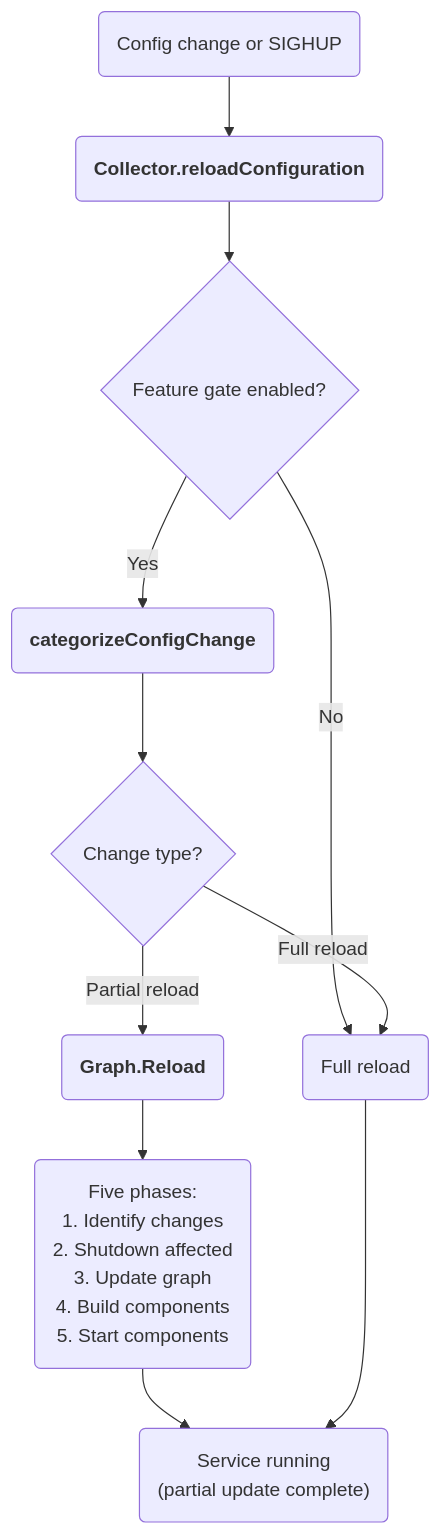
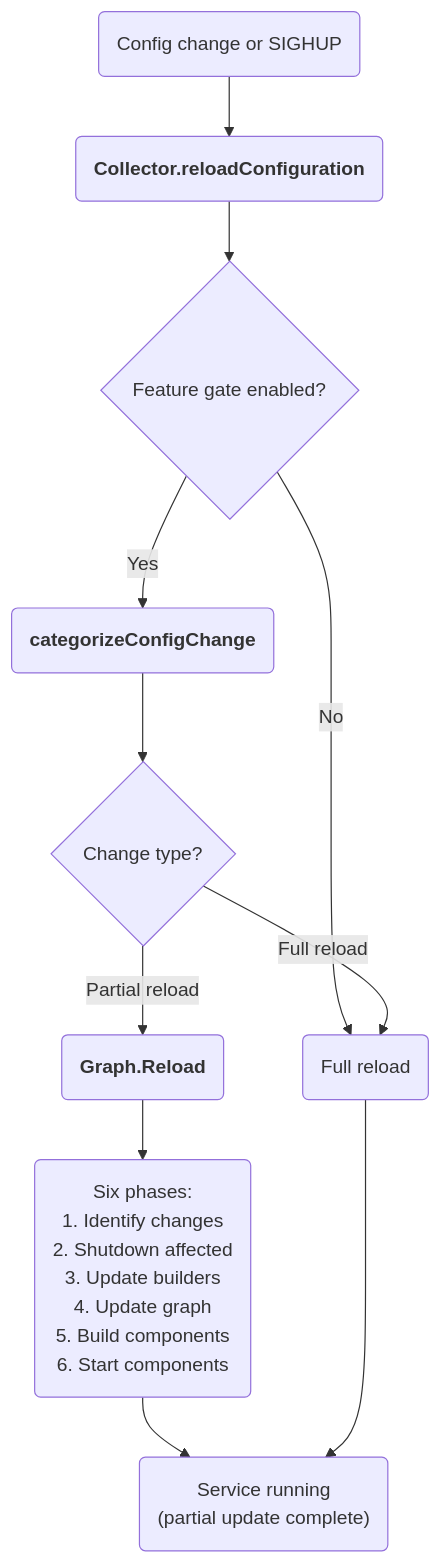
The third of 3 diagrams in docs/internal-architecture.md (open-telemetry/opentelemetry-collector), drawn with Mermaid before and after one commit. The commit also changed other lines of this file and 5 other files, not shown here.

````diff
--- a/docs/internal-architecture.md
+++ b/docs/internal-architecture.md
@@ -192,19 +198,20 @@
 ```mermaid
 flowchart TD
     A("`Config change or SIGHUP`") --> B("`**Collector.reloadConfiguration**`")
     B --> C{"`Feature gate enabled?`"}
     C -->|No| H("`Full reload`")
     C -->|Yes| D("`**categorizeConfigChange**`")
     D --> E{"`Change type?`"}
     E -->|Partial reload| F("`**Graph.Reload**`")
     E -->|Full reload| H
-    F --> G("`Five phases:
+    F --> G("`Six phases:
     1. Identify changes
     2. Shutdown affected
-    3. Update graph
-    4. Build components
-    5. Start components`")
+    3. Update builders
+    4. Update graph
+    5. Build components
+    6. Start components`")
     G --> I("`Service running
     (partial update complete)`")
     H --> I
 ```
````
